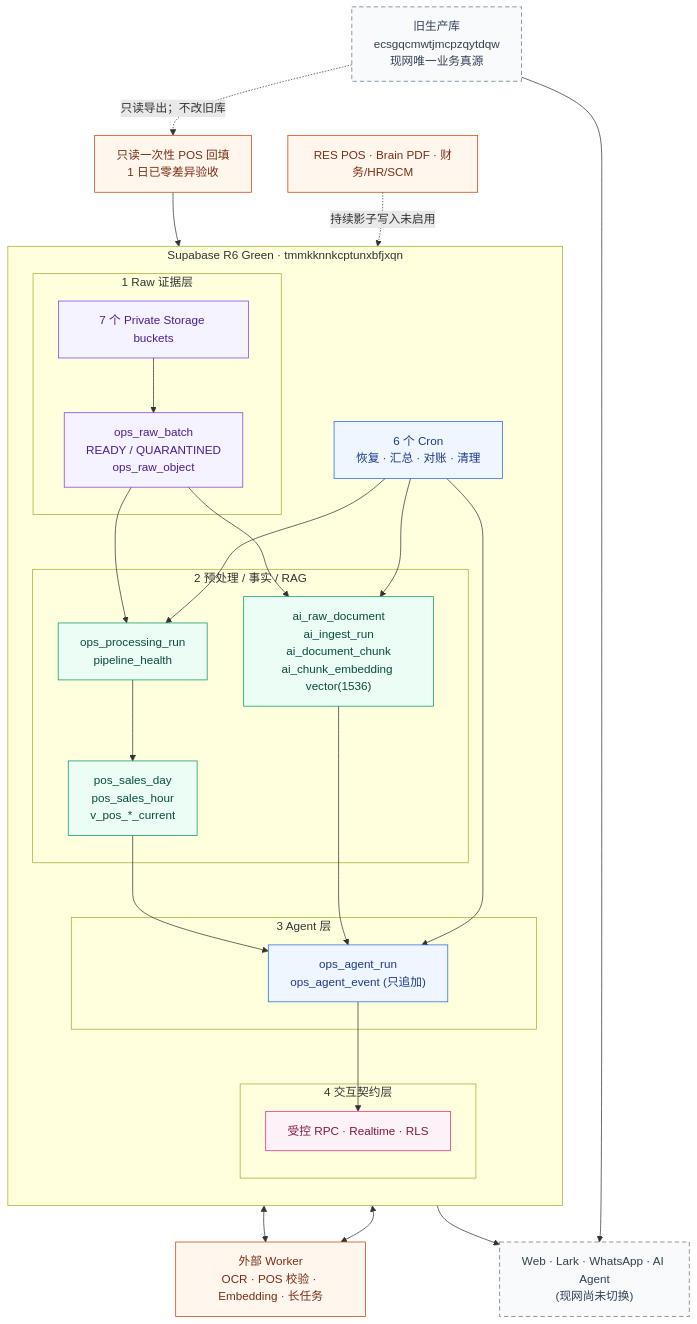
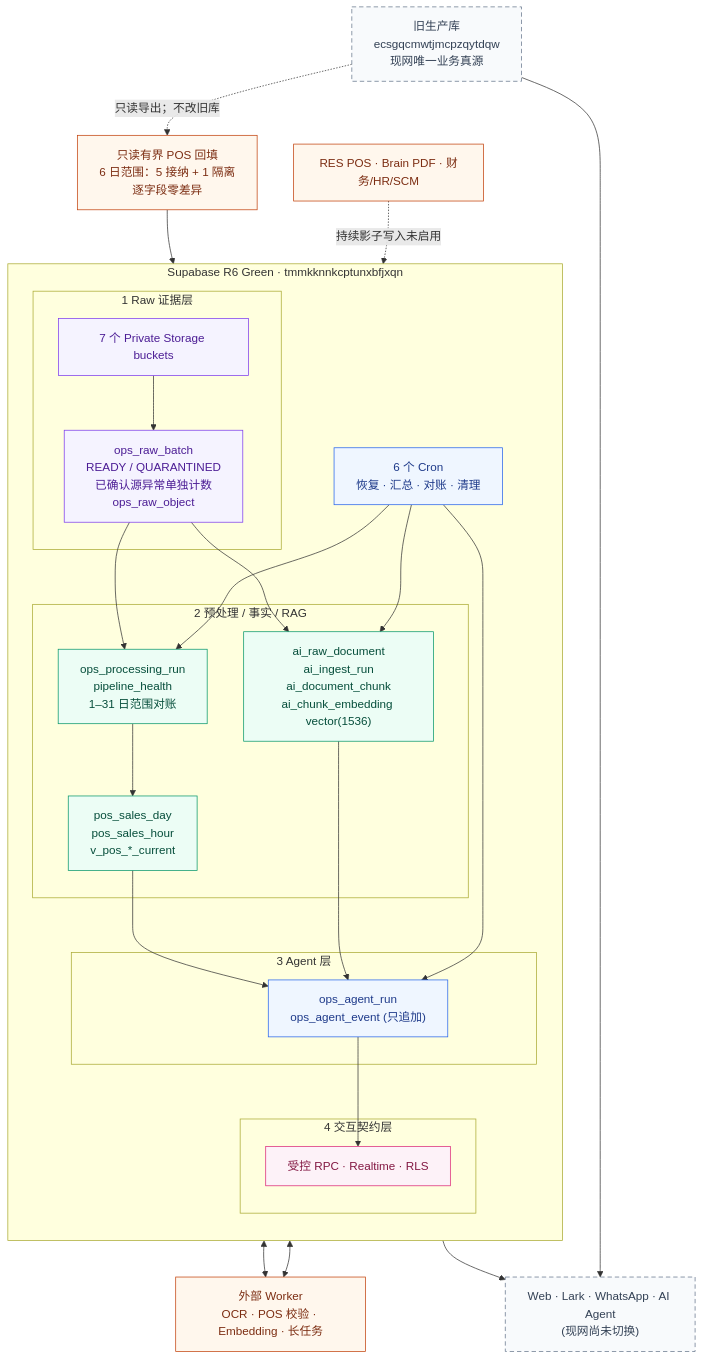
Before and after one commit to AlgerSSS/bakery-ops: the diagram in docs/database/diagrams/hotcrush-r6-green-blueprint.mmd, drawn with Mermaid. The commit also changed 19 other files, not shown here.

```diff
--- a/docs/database/diagrams/hotcrush-r6-green-blueprint.mmd
+++ b/docs/database/diagrams/hotcrush-r6-green-blueprint.mmd
@@ -1,49 +1,49 @@
 flowchart TB
   classDef source fill:#fff7ed,stroke:#c2410c,color:#7c2d12
   classDef raw fill:#f5f3ff,stroke:#7c3aed,color:#4c1d95
   classDef processed fill:#ecfdf5,stroke:#059669,color:#064e3b
   classDef agent fill:#eff6ff,stroke:#2563eb,color:#1e3a8a
   classDef ui fill:#fdf2f8,stroke:#db2777,color:#831843
   classDef frozen fill:#f8fafc,stroke:#64748b,color:#334155,stroke-dasharray: 6 4
 
   OLD["旧生产库<br/>ecsgqcmwtjmcpzqytdqw<br/>现网唯一业务真源"]:::frozen
-  BACKFILL["只读一次性 POS 回填<br/>1 日已零差异验收"]:::source
+  BACKFILL["只读有界 POS 回填<br/>6 日范围：5 接纳 + 1 隔离<br/>逐字段零差异"]:::source
   SOURCES["RES POS · Brain PDF · 财务/HR/SCM"]:::source
 
   subgraph R6["Supabase R6 Green · tmmkknnkcptunxbfjxqn"]
     direction TB
     subgraph L1["1  Raw 证据层"]
       STORAGE["7 个 Private Storage buckets"]:::raw
-      RAW["ops_raw_batch<br/>READY / QUARANTINED<br/>ops_raw_object"]:::raw
+      RAW["ops_raw_batch<br/>READY / QUARANTINED<br/>已确认源异常单独计数<br/>ops_raw_object"]:::raw
     end
     subgraph L2["2  预处理 / 事实 / RAG"]
-      RUN["ops_processing_run<br/>pipeline_health"]:::processed
+      RUN["ops_processing_run<br/>pipeline_health<br/>1–31 日范围对账"]:::processed
       POS["pos_sales_day<br/>pos_sales_hour<br/>v_pos_*_current"]:::processed
       RAG["ai_raw_document<br/>ai_ingest_run<br/>ai_document_chunk<br/>ai_chunk_embedding vector(1536)"]:::processed
     end
     subgraph L3["3  Agent 层"]
       AGENT["ops_agent_run<br/>ops_agent_event (只追加)"]:::agent
     end
     subgraph L4["4  交互契约层"]
       API["受控 RPC · Realtime · RLS"]:::ui
     end
     CRON["6 个 Cron<br/>恢复 · 汇总 · 对账 · 清理"]:::agent
   end
 
   WORKER["外部 Worker<br/>OCR · POS 校验 · Embedding · 长任务"]:::source
   USERS["Web · Lark · WhatsApp · AI Agent<br/>(现网尚未切换)"]:::frozen
 
   SOURCES -. "持续影子写入未启用" .-> STORAGE
   OLD -. "只读导出；不改旧库" .-> BACKFILL --> STORAGE
   STORAGE --> RAW --> RUN
   RUN <--> WORKER
   RUN --> POS
   RAW --> RAG
   RAG <--> WORKER
   POS --> AGENT
   RAG --> AGENT
   AGENT --> API --> USERS
   CRON --> RUN
   CRON --> RAG
   CRON --> AGENT
   OLD --> USERS
```
